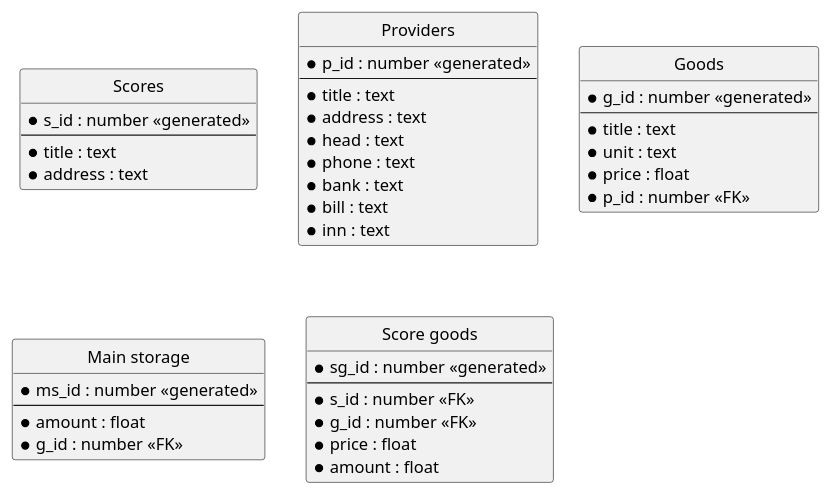
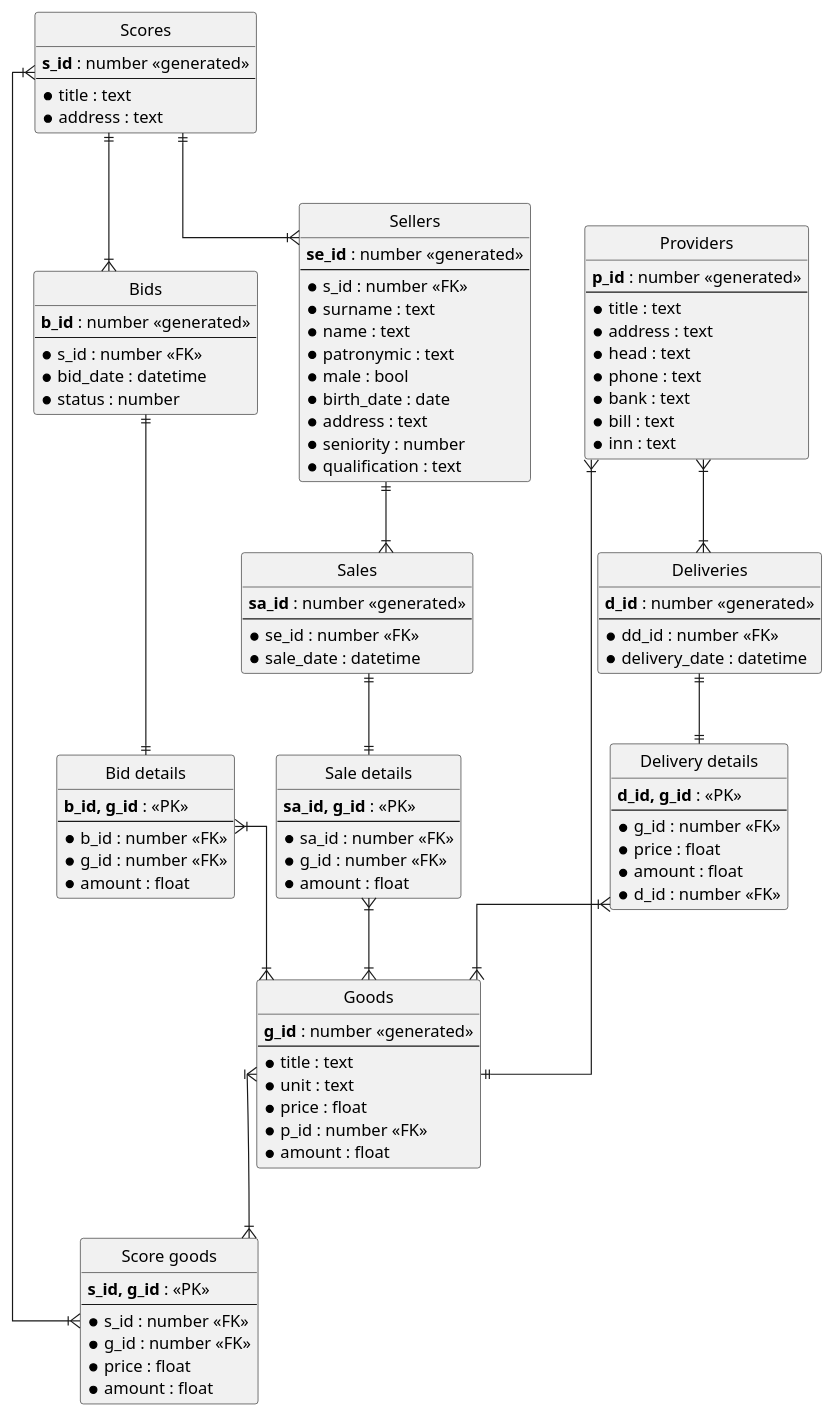
One commit to Shamann1101/SibSutis changed the diagram in m_1_semester/inf_enterpr/er-diagram.puml. Above: the diagram before and after it, drawn with PlantUML.

```diff
--- a/m_1_semester/inf_enterpr/er-diagram.puml
+++ b/m_1_semester/inf_enterpr/er-diagram.puml
@@ -1,50 +1,123 @@
 @startuml
 
 hide circle
 skinparam linetype ortho
 
 entity "Scores" as s {
-  *s_id : number <<generated>>
+  **s_id** : number <<generated>>
   --
   *title : text
   *address : text
 }
 
 entity "Providers" as p {
-  *p_id : number <<generated>>
+  **p_id** : number <<generated>>
   --
   *title : text
   *address : text
   *head : text
   *phone : text
   *bank : text
   *bill : text
   *inn : text
 }
 
 entity "Goods" as g {
-  *g_id : number <<generated>>
+  **g_id** : number <<generated>>
   --
   *title : text
   *unit : text
   *price : float
   *p_id : number <<FK>>
-}
-
-entity "Main storage" as ms {
-  *ms_id : number <<generated>>
-  --
   *amount : float
-  *g_id : number <<FK>>
 }
 
 entity "Score goods" as sg {
-  *sg_id : number <<generated>>
+  **s_id, g_id** : <<PK>>
   --
   *s_id : number <<FK>>
   *g_id : number <<FK>>
   *price : float
   *amount : float
 }
 
+entity "Deliveries" as d {
+  **d_id** : number <<generated>>
+  --
+  *dd_id : number <<FK>>
+  *delivery_date : datetime
+}
+
+entity "Delivery details" as dd {
+  **d_id, g_id** : <<PK>>
+  --
+  *g_id : number <<FK>>
+  *price : float
+  *amount : float
+  *d_id : number <<FK>>
+}
+
+entity "Bids" as b {
+  **b_id** : number <<generated>>
+  --
+  *s_id : number <<FK>>
+  *bid_date : datetime
+  *status : number
+}
+
+entity "Bid details" as bd {
+  **b_id, g_id** : <<PK>>
+  --
+  *b_id : number <<FK>>
+  *g_id : number <<FK>>
+  *amount : float
+}
+
+entity "Sellers" as se {
+  **se_id** : number <<generated>>
+  --
+  *s_id : number <<FK>>
+  *surname : text
+  *name : text
+  *patronymic : text
+  *male : bool
+  *birth_date : date
+  *address : text
+  *seniority : number
+  *qualification : text
+}
+
+entity "Sales" as sa {
+  **sa_id** : number <<generated>>
+  --
+  *se_id : number <<FK>>
+  *sale_date : datetime
+}
+
+entity "Sale details" as sd {
+  **sa_id, g_id** : <<PK>>
+  --
+  *sa_id : number <<FK>>
+  *g_id : number <<FK>>
+  *amount : float
+}
+
+s ||--|{ se
+s }|--|{ sg
+s ||--|{ b
+
+b ||--|| bd
+bd }|--|{ g
+
+p }|--|{ d
+d ||--|| dd
+dd }|--|{ g
+
+p }|--|| g
+g }|--|{ sg
+
+sa ||--|| sd
+sd }|--|{ g
+se ||--|{ sa
+
 @enduml
```
